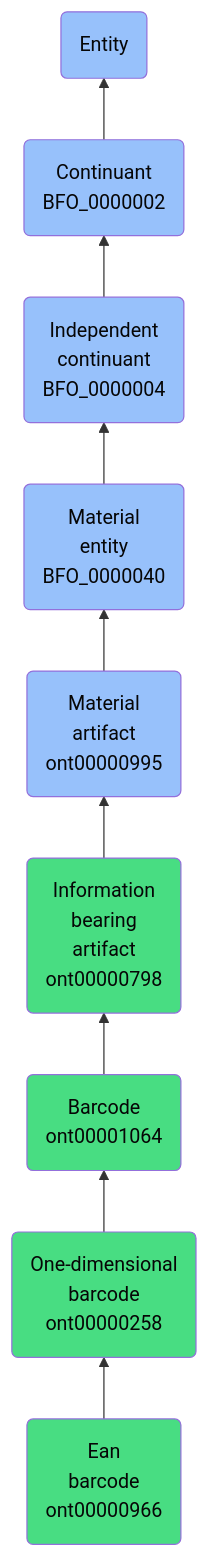
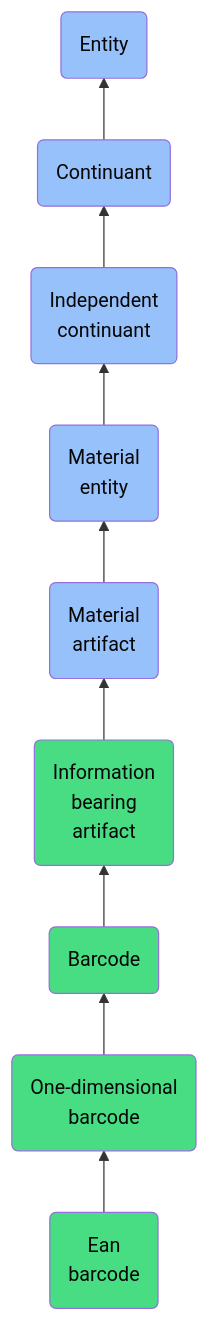
The diagram in docs/ontology/reference/model/Entity/Continuant/Independent continuant/Material entity/Material artifact/Information bearing artifact/Barcode/One-dimensional barcode/Ean barcode/Ean barcode.md (jupyter-naas/abi), drawn with Mermaid before and after one commit. The commit also changed other lines of this file and 1430 other files, not shown here.

````diff
--- a/docs/ontology/reference/model/Entity/Continuant/Independent continuant/Material entity/Material artifact/Information bearing artifact/Barcode/One-dimensional barcode/Ean barcode/Ean barcode.md
+++ b/docs/ontology/reference/model/Entity/Continuant/Independent continuant/Material entity/Material artifact/Information bearing artifact/Barcode/One-dimensional barcode/Ean barcode/Ean barcode.md
@@ -24,16 +24,16 @@
 ```mermaid
 graph BT
-    ont00000966(Ean<br>barcode<br>ont00000966):::ABI-->ont00000258
-    ont00000258(One-dimensional<br>barcode<br>ont00000258):::ABI-->ont00001064
-    ont00001064(Barcode<br>ont00001064):::ABI-->ont00000798
-    ont00000798(Information<br>bearing<br>artifact<br>ont00000798):::ABI-->ont00000995
-    ont00000995(Material<br>artifact<br>ont00000995):::BFO-->BFO_0000040
-    BFO_0000040(Material<br>entity<br>BFO_0000040):::BFO-->BFO_0000004
-    BFO_0000004(Independent<br>continuant<br>BFO_0000004):::BFO-->BFO_0000002
-    BFO_0000002(Continuant<br>BFO_0000002):::BFO-->BFO_0000001
+    ont00000966(Ean<br>barcode):::ABI-->ont00000258
+    ont00000258(One-dimensional<br>barcode):::ABI-->ont00001064
+    ont00001064(Barcode):::ABI-->ont00000798
+    ont00000798(Information<br>bearing<br>artifact):::ABI-->ont00000995
+    ont00000995(Material<br>artifact):::BFO-->BFO_0000040
+    BFO_0000040(Material<br>entity):::BFO-->BFO_0000004
+    BFO_0000004(Independent<br>continuant):::BFO-->BFO_0000002
+    BFO_0000002(Continuant):::BFO-->BFO_0000001
     BFO_0000001(Entity):::BFO
     
     classDef BFO fill:#97c1fb,color:#060606
     classDef CCO fill:#e4c51e,color:#060606
     classDef ABI fill:#48DD82,color:#060606
 ```
````
